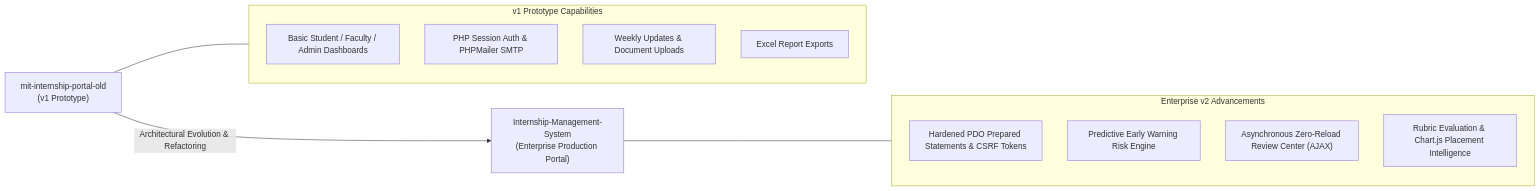
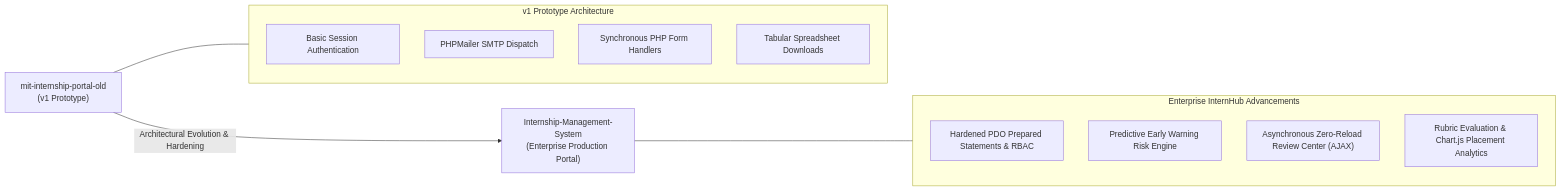
The diagram in README.md (Swaraj0160/mit-internship-portal-old), drawn with Mermaid before and after one commit. The commit also changed other lines of this file, not shown here.

Commit message:
docs: elevate mit-internship-portal-old README with lineage models and FixMySadak design

````diff
--- a/README.md
+++ b/README.md
@@ -15,21 +53,21 @@
 ```mermaid
 flowchart LR
-    A["mit-internship-portal-old<br/>(v1 Prototype)"] -->|Architectural Evolution & Refactoring| B["Internship-Management-System<br/>(Enterprise Production Portal)"]
+    A["mit-internship-portal-old<br/>(v1 Prototype)"] -->|Architectural Evolution & Hardening| B["Internship-Management-System<br/>(Enterprise Production Portal)"]
 
-    subgraph v1Features["v1 Prototype Capabilities"]
-        A1["Basic Student / Faculty / Admin Dashboards"]
-        A2["PHP Session Auth & PHPMailer SMTP"]
-        A3["Weekly Updates & Document Uploads"]
-        A4["Excel Report Exports"]
+    subgraph v1Features["v1 Prototype Architecture"]
+        A1["Basic Session Authentication"]
+        A2["PHPMailer SMTP Dispatch"]
+        A3["Synchronous PHP Form Handlers"]
+        A4["Tabular Spreadsheet Downloads"]
     end
 
-    subgraph v2Enhancements["Enterprise v2 Advancements"]
-        B1["Hardened PDO Prepared Statements & CSRF Tokens"]
+    subgraph v2Enhancements["Enterprise InternHub Advancements"]
+        B1["Hardened PDO Prepared Statements & RBAC"]
         B2["Predictive Early Warning Risk Engine"]
         B3["Asynchronous Zero-Reload Review Center (AJAX)"]
-        B4["Rubric Evaluation & Chart.js Placement Intelligence"]
+        B4["Rubric Evaluation & Chart.js Placement Analytics"]
     end
 
     A --- v1Features
     B --- v2Enhancements
 ```
````
